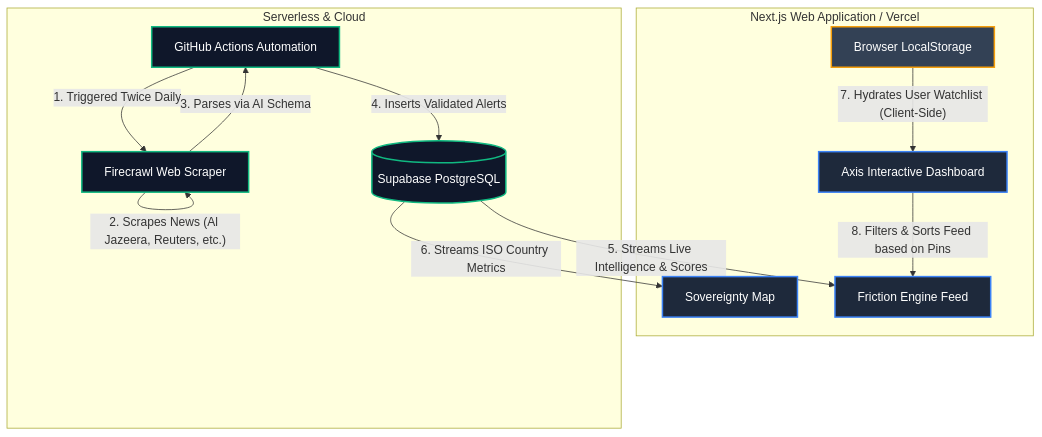
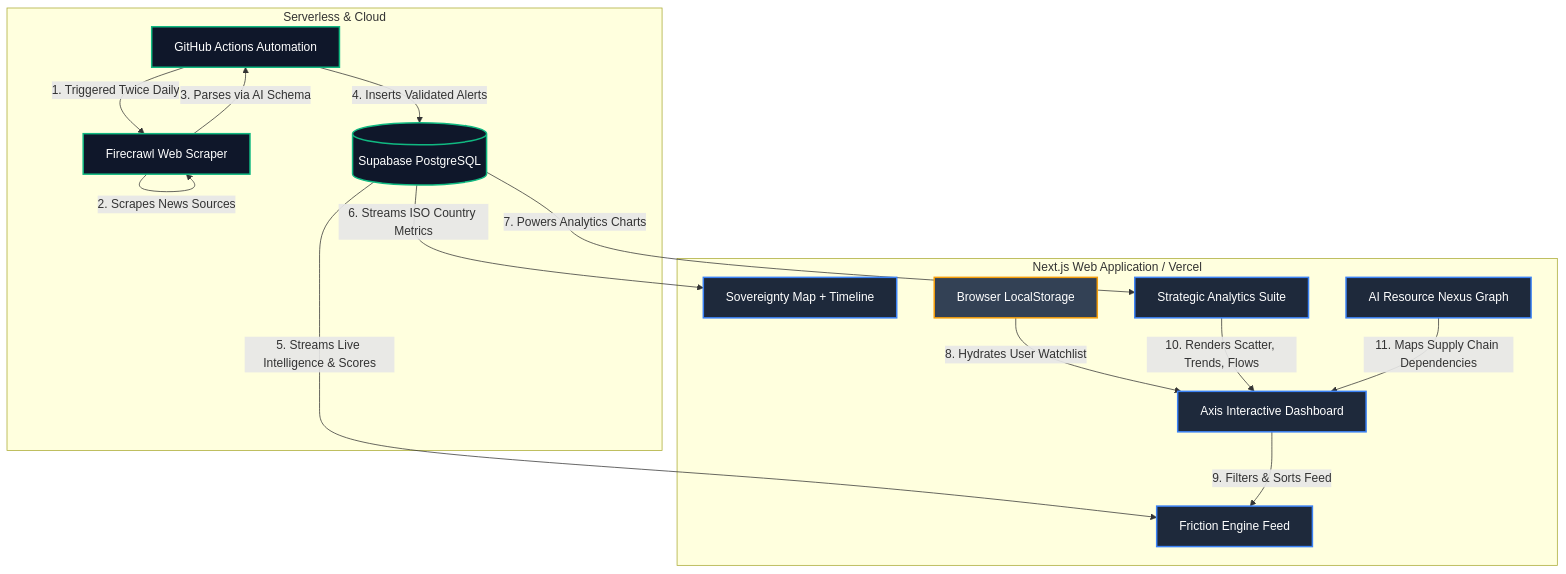
The diagram in README.md (Oddjobe/Axis), drawn with Mermaid before and after one commit. The commit also changed other lines of this file, not shown here.

Commit message:
docs: comprehensive README rewrite with Strategic Analytics, AI Nexus, and full feature documentation

````diff
--- a/README.md
+++ b/README.md
@@ -60,37 +102,42 @@
 ```mermaid
 graph TD
     %% Define Nodes
     subgraph Frontend [Next.js Web Application / Vercel]
         UI[Axis Interactive Dashboard]
-        Map[Sovereignty Map]
+        Map[Sovereignty Map + Timeline]
         Feed[Friction Engine Feed]
+        Analytics[Strategic Analytics Suite]
+        Nexus[AI Resource Nexus Graph]
         Local[Browser LocalStorage]
     end
 
     subgraph Backend [Serverless & Cloud]
         DB[(Supabase PostgreSQL)]
         Cron[GitHub Actions Automation]
         OSINT[Firecrawl Web Scraper]
     end
 
     %% Define Connections
     Cron -- 1. Triggered Twice Daily --> OSINT
-    OSINT -- 2. Scrapes News (Al Jazeera, Reuters, etc.) --> OSINT
+    OSINT -- 2. Scrapes News Sources --> OSINT
     OSINT -- 3. Parses via AI Schema --> Cron
     Cron -- 4. Inserts Validated Alerts --> DB
 
     DB -- 5. Streams Live Intelligence & Scores --> Feed
     DB -- 6. Streams ISO Country Metrics --> Map
+    DB -- 7. Powers Analytics Charts --> Analytics
     
-    Local -- 7. Hydrates User Watchlist (Client-Side) --> UI
-    UI -- 8. Filters & Sorts Feed based on Pins --> Feed
+    Local -- 8. Hydrates User Watchlist --> UI
+    UI -- 9. Filters & Sorts Feed --> Feed
+    Analytics -- 10. Renders Scatter, Trends, Flows --> UI
+    Nexus -- 11. Maps Supply Chain Dependencies --> UI
 
     %% Styling
     classDef frontend fill:#1e293b,stroke:#3b82f6,stroke-width:2px,color:#fff
     classDef backend fill:#0f172a,stroke:#10b981,stroke-width:2px,color:#fff
     classDef storage fill:#334155,stroke:#f59e0b,stroke-width:2px,color:#fff
     
-    class UI,Map,Feed frontend
+    class UI,Map,Feed,Analytics,Nexus frontend
     class DB,Cron,OSINT backend
     class Local storage
 ```
````
